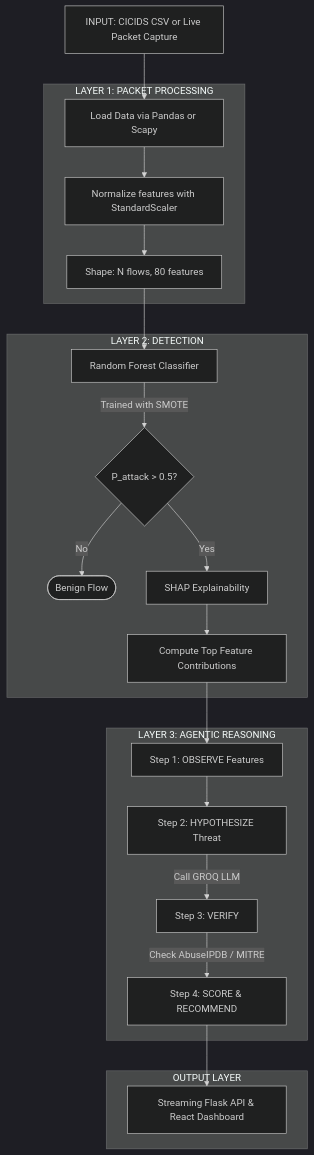
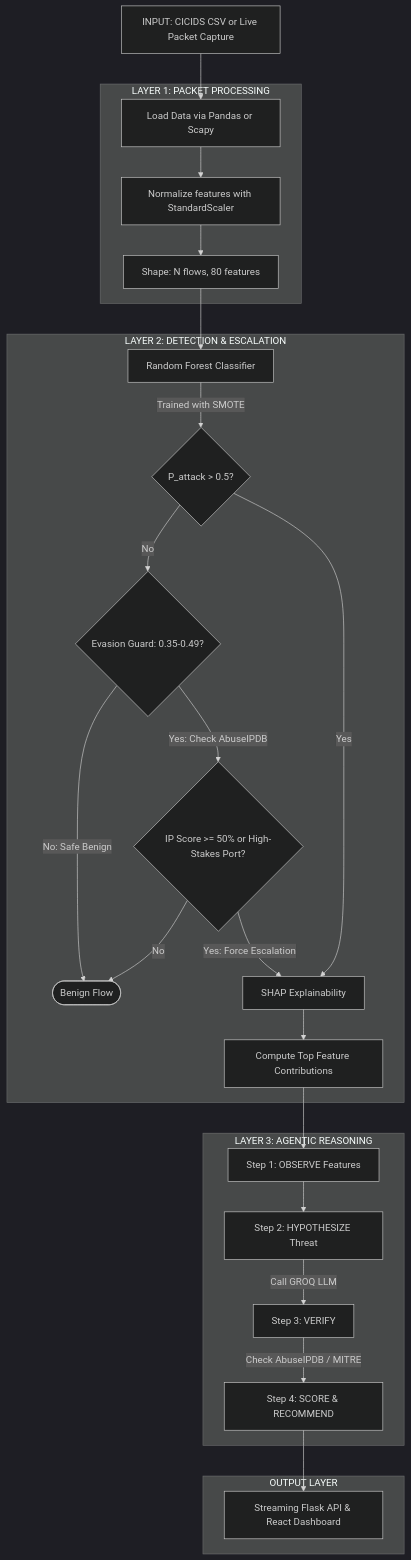
Before and after one commit to omerfarooq223/shap-agentic-ids: the first of 4 diagrams in SYSTEM_DESIGN.md, drawn with Mermaid (dark theme). The commit also changed other lines of this file and 34 other files, not shown here.

Commit message:
feat: implement SHAP Evasion Guard, voice assistant personas, and React SOC dashboard

````diff
--- a/SYSTEM_DESIGN.md
+++ b/SYSTEM_DESIGN.md
@@ -37,25 +38,29 @@
 ```mermaid
 flowchart TD
     A[INPUT: CICIDS CSV or Live Packet Capture] --> B
     subgraph LAYER 1: PACKET PROCESSING
         B[Load Data via Pandas or Scapy] --> C[Normalize features with StandardScaler]
         C --> D[Shape: N flows, 80 features]
     end
     D --> E
-    subgraph LAYER 2: DETECTION
+    subgraph LAYER 2: DETECTION & ESCALATION
         E[Random Forest Classifier] -->|Trained with SMOTE| F{P_attack > 0.5?}
-        F -->|No| Z([Benign Flow])
-        F -->|Yes| G[SHAP Explainability]
+        F -->|No| EG{Evasion Guard: 0.35-0.49?}
+        EG -->|No: Safe Benign| Z([Benign Flow])
+        EG -->|Yes: Check AbuseIPDB| IP{IP Score >= 50% or High-Stakes Port?}
+        IP -->|No| Z
+        IP -->|Yes: Force Escalation| G[SHAP Explainability]
+        F -->|Yes| G
         G --> H[Compute Top Feature Contributions]
     end
     H --> I
     subgraph LAYER 3: AGENTIC REASONING
         I[Step 1: OBSERVE Features] --> J[Step 2: HYPOTHESIZE Threat]
         J -->|Call GROQ LLM| K[Step 3: VERIFY]
         K -->|Check AbuseIPDB / MITRE| L[Step 4: SCORE & RECOMMEND]
     end
     L --> M
     subgraph OUTPUT LAYER
         M[Streaming Flask API & React Dashboard]
     end
 ```
````
